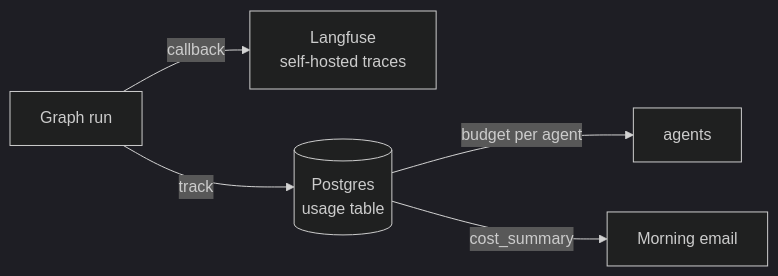
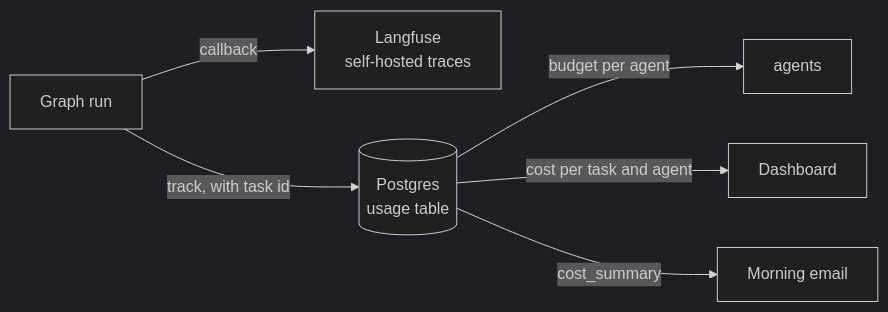
The fourth of 4 diagrams in README.md (JTTrinborg/hephaestus), drawn with Mermaid (dark theme) before and after one commit. The commit also changed other lines of this file, not shown here.

````diff
--- a/README.md
+++ b/README.md
@@ -99,7 +105,8 @@
 ```mermaid
 flowchart LR
     G[Graph run] -->|callback| LF[Langfuse<br/>self-hosted traces]
-    G -->|track| U[(Postgres<br/>usage table)]
+    G -->|track, with task id| U[(Postgres<br/>usage table)]
     U -->|budget per agent| A[agents]
+    U -->|cost per task and agent| D[Dashboard]
     U -->|cost_summary| E[Morning email]
 ```
````
